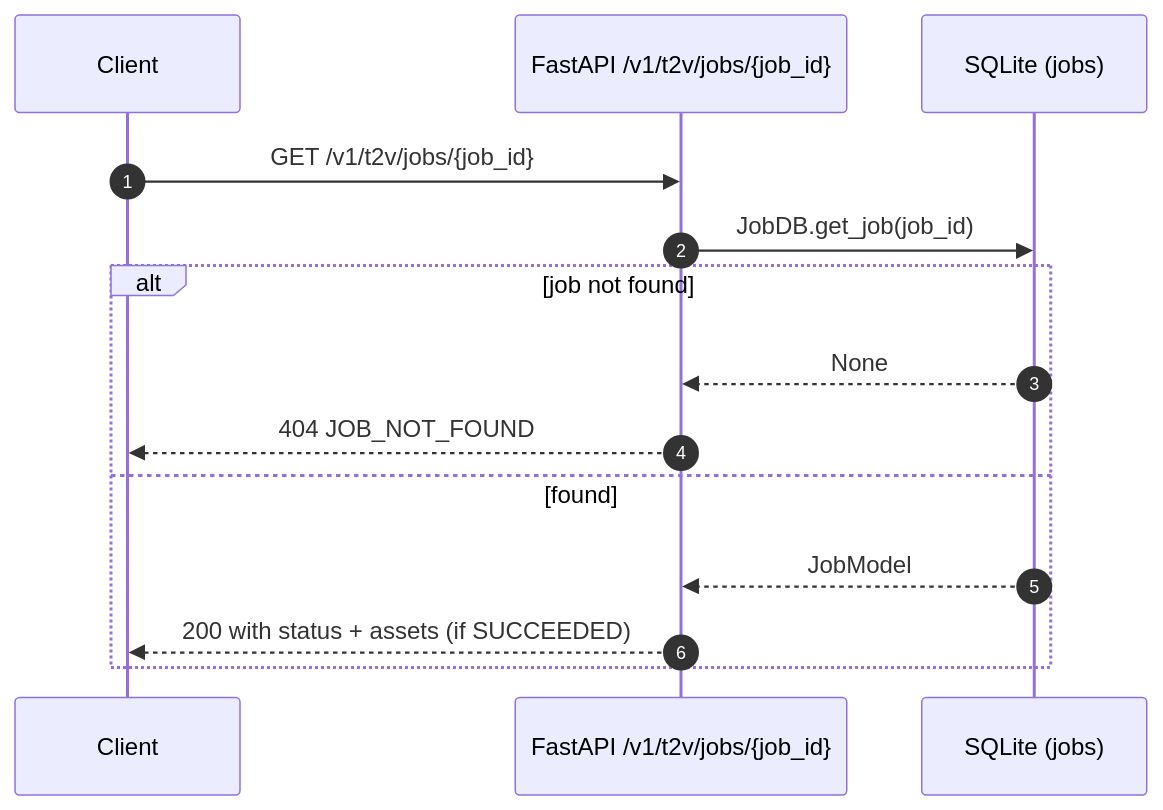
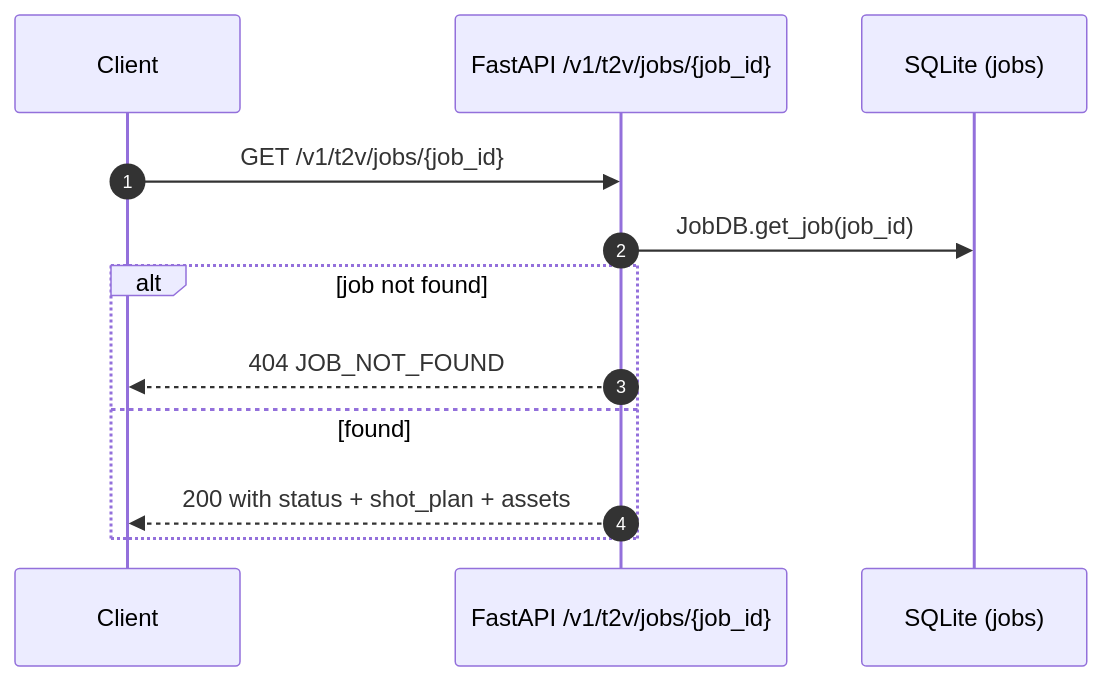
The fifth of 8 diagrams in docs/backend-dataflow.md (kai-57-sh/Prism), drawn with Mermaid before and after one commit. The commit also changed other lines of this file and 3 other files, not shown here.

````diff
--- a/docs/backend-dataflow.md
+++ b/docs/backend-dataflow.md
@@ -177,17 +199,15 @@
 ```mermaid
 sequenceDiagram
     autonumber
     participant Client
     participant API as FastAPI /v1/t2v/jobs/{job_id}
     participant DB as SQLite (jobs)
 
     Client->>API: GET /v1/t2v/jobs/{job_id}
     API->>DB: JobDB.get_job(job_id)
     alt job not found
-        DB-->>API: None
         API-->>Client: 404 JOB_NOT_FOUND
     else found
-        DB-->>API: JobModel
-        API-->>Client: 200 with status + assets (if SUCCEEDED)
+        API-->>Client: 200 with status + shot_plan + assets
     end
 ```
````
